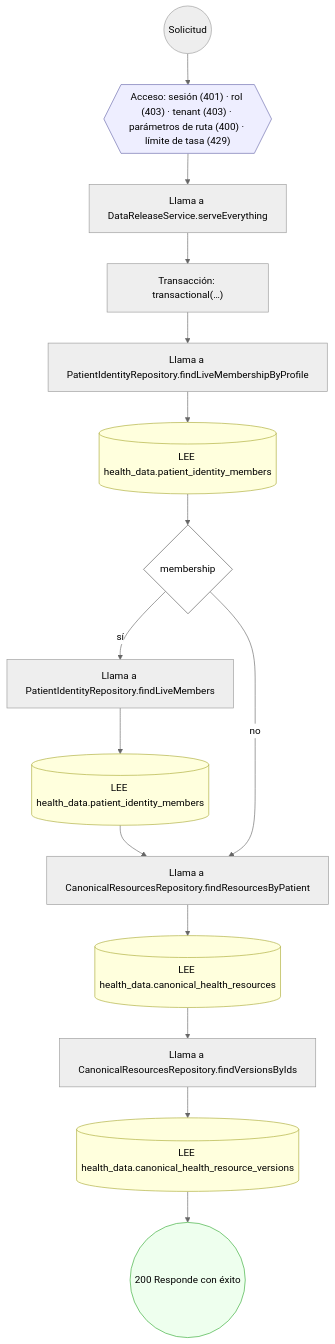
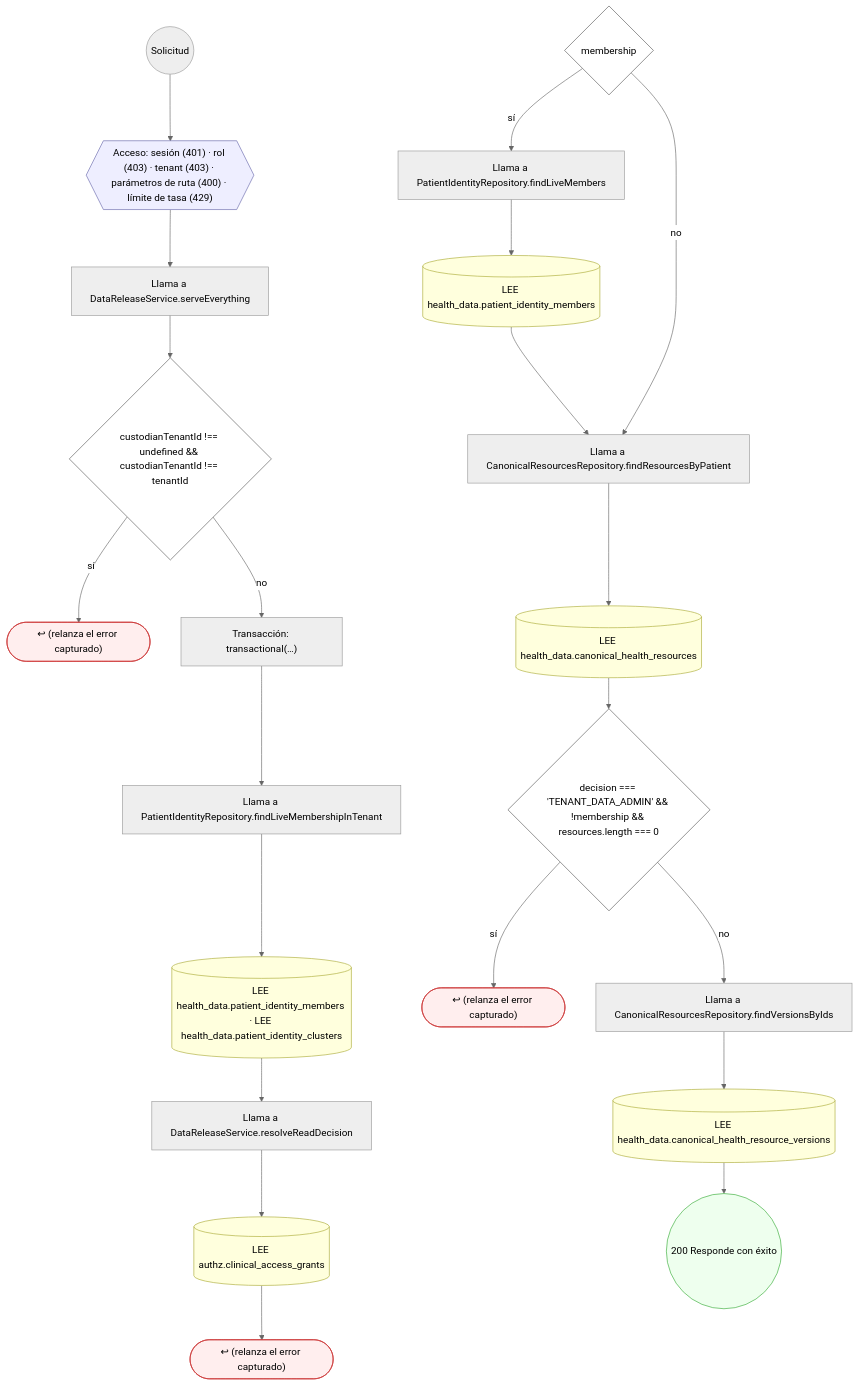
Before and after one commit to mdavila-2001/mantra-core-health-api: the third of 16 diagrams in docs/inventario/flujos/health_data.md, drawn with Mermaid (neutral theme). The commit also changed other lines of this file and 438 other files, not shown here.

````diff
--- a/docs/inventario/flujos/health_data.md
+++ b/docs/inventario/flujos/health_data.md
@@ -352,37 +399,50 @@
 ```mermaid
 flowchart TD
   n1(("Solicitud")):::inicio
   n2{{"Acceso: sesión (401) · rol (403) · tenant (403) · parámetros de ruta (400) · límite de tasa (429)"}}:::acceso
   n1 --> n2
   n3["Llama a DataReleaseService.serveEverything"]:::llamada
   n2 --> n3
-  n4["Transacción: transactional(…)"]:::transaccion
+  n4{"custodianTenantId !== undefined && custodianTenantId !== tenantId"}:::decision
   n3 --> n4
-  n5["Llama a PatientIdentityRepository.findLiveMembershipByProfile"]:::llamada
-  n4 --> n5
-  n6[("LEE health_data.patient_identity_members")]:::efecto
-  n5 --> n6
-  n7{"membership"}:::decision
+  n5(["↩ (relanza el error capturado)"]):::error
+  n4 -->|"sí"| n5
+  n6["Transacción: transactional(…)"]:::transaccion
+  n4 -->|"no"| n6
+  n7["Llama a PatientIdentityRepository.findLiveMembershipInTenant"]:::llamada
   n6 --> n7
-  n8["Llama a PatientIdentityRepository.findLiveMembers"]:::llamada
-  n7 -->|"sí"| n8
-  n9[("LEE health_data.patient_identity_members")]:::efecto
+  n8[("LEE health_data.patient_identity_members · LEE health_data.patient_identity_clusters")]:::efecto
+  n7 --> n8
+  n9["Llama a DataReleaseService.resolveReadDecision"]:::llamada
   n8 --> n9
-  n10["Llama a CanonicalResourcesRepository.findResourcesByPatient"]:::llamada
+  n10[("LEE authz.clinical_access_grants")]:::efecto
   n9 --> n10
-  n7 -->|"no"| n10
-  n11[("LEE health_data.canonical_health_resources")]:::efecto
+  n11(["↩ (relanza el error capturado)"]):::error
   n10 --> n11
-  n12["Llama a CanonicalResourcesRepository.findVersionsByIds"]:::llamada
-  n11 --> n12
-  n13[("LEE health_data.canonical_health_resource_versions")]:::efecto
-  n12 --> n13
-  n14(("200 Responde con éxito")):::ok
+  n12{"membership"}:::decision
+  n13["Llama a PatientIdentityRepository.findLiveMembers"]:::llamada
+  n12 -->|"sí"| n13
+  n14[("LEE health_data.patient_identity_members")]:::efecto
   n13 --> n14
+  n15["Llama a CanonicalResourcesRepository.findResourcesByPatient"]:::llamada
+  n14 --> n15
+  n12 -->|"no"| n15
+  n16[("LEE health_data.canonical_health_resources")]:::efecto
+  n15 --> n16
+  n17{"decision === 'TENANT_DATA_ADMIN' && !membership && resources.length === 0"}:::decision
+  n16 --> n17
+  n18(["↩ (relanza el error capturado)"]):::error
+  n17 -->|"sí"| n18
+  n19["Llama a CanonicalResourcesRepository.findVersionsByIds"]:::llamada
+  n17 -->|"no"| n19
+  n20[("LEE health_data.canonical_health_resource_versions")]:::efecto
+  n19 --> n20
+  n21(("200 Responde con éxito")):::ok
+  n20 --> n21
   classDef acceso fill:#eef,stroke:#66a
   classDef error fill:#fee,stroke:#c33
   classDef ok fill:#efe,stroke:#3a3
   classDef efecto fill:#ffd,stroke:#aa3
   classDef decision fill:#fff,stroke:#555
   classDef corte fill:#eee,stroke:#999,stroke-dasharray: 4
 ```
````
